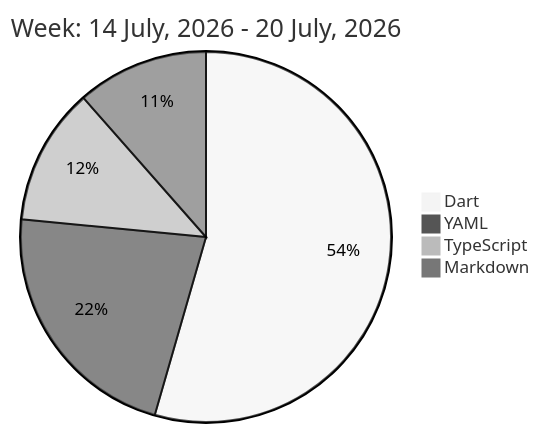
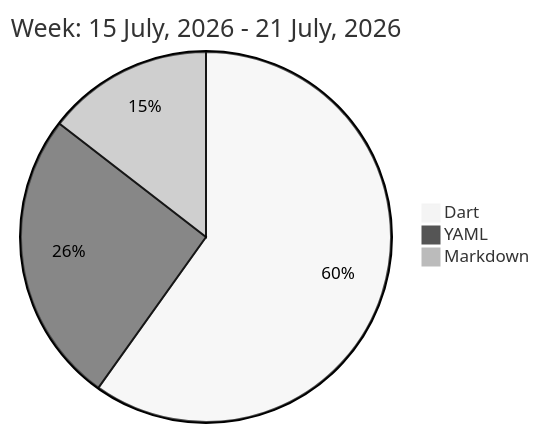
Before and after one commit to liubin95/liubin95: the diagram in README.md, drawn with Mermaid (neutral theme).

Commit message:
Updated the Graph with new Metrics

````diff
--- a/README.md
+++ b/README.md
@@ -32,8 +32,7 @@
 ```mermaid
  pie
-title Week: 14 July, 2026 - 20 July, 2026
- "Dart" : 11.23
- "YAML" : 4.55
- "TypeScript" : 2.47
- "Markdown" : 2.37
+title Week: 15 July, 2026 - 21 July, 2026
+ "Dart" : 10.8
+ "YAML" : 4.62
+ "Markdown" : 2.62
 ```
````
